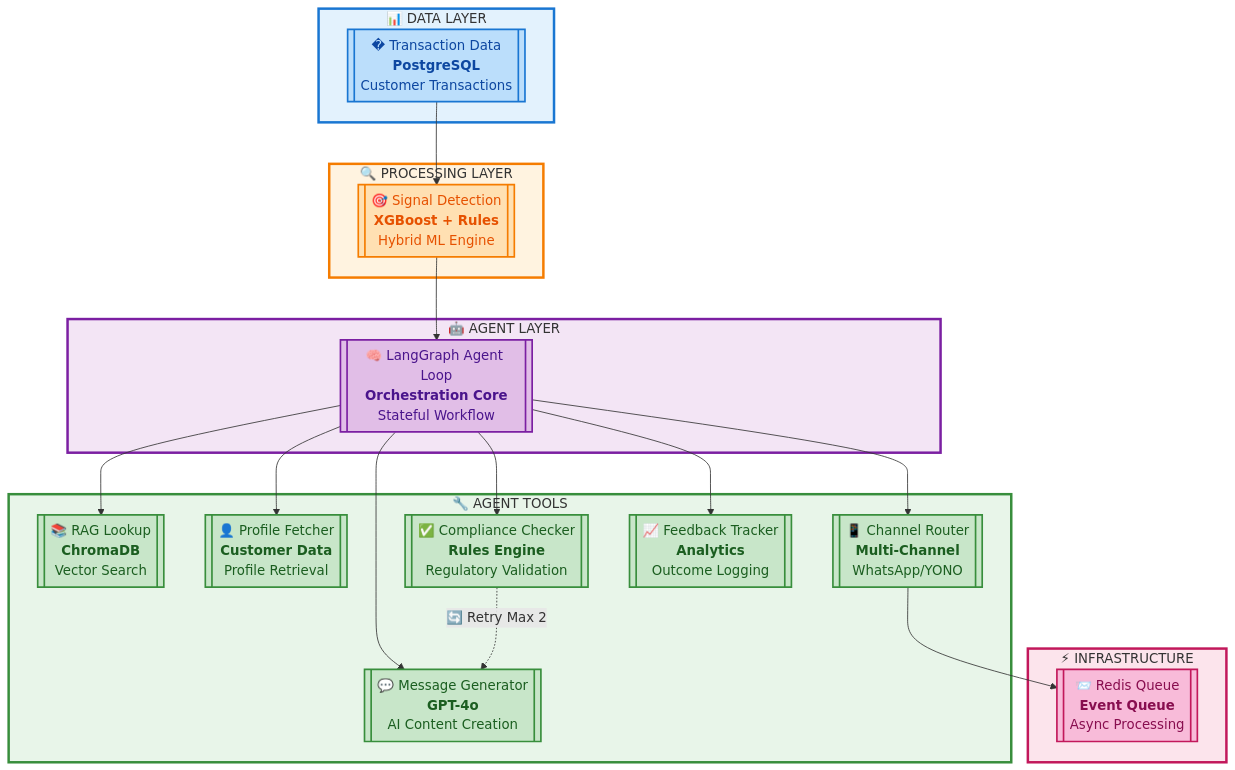
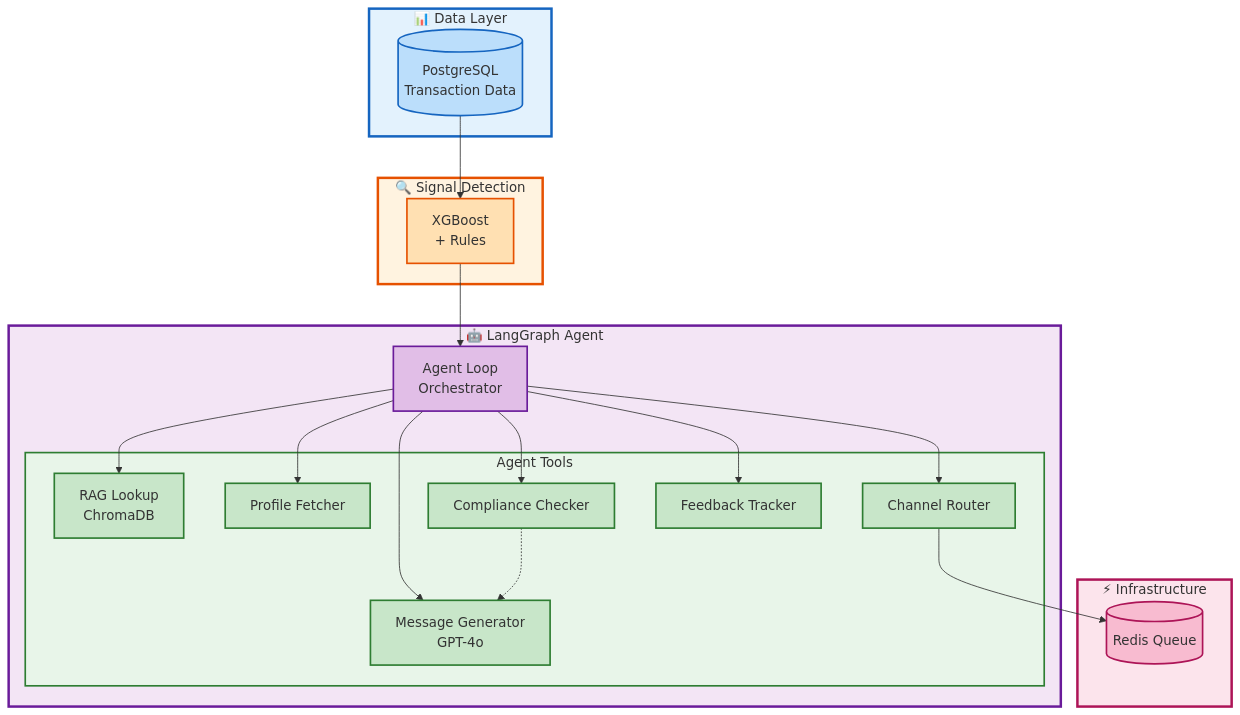
One commit to Harsimran-Dalal/lifesignal-sbi changed the first of 2 diagrams in README.md. Above: the diagram before and after it, drawn with Mermaid. The commit also changed other lines of this file, not shown here.

Commit message:
Fix architecture diagrams with cleaner, more visible design

````diff
--- a/README.md
+++ b/README.md
@@ -39,55 +39,55 @@
 ```mermaid
-graph TB
-    subgraph Data_Layer["📊 DATA LAYER"]
-        A[["� Transaction Data<br/><b>PostgreSQL</b><br/>Customer Transactions"]]
+flowchart TB
+    subgraph DATA["📊 Data Layer"]
+        PG[("PostgreSQL<br/>Transaction Data")]
     end
     
-    subgraph Processing_Layer["🔍 PROCESSING LAYER"]
-        B[["🎯 Signal Detection<br/><b>XGBoost + Rules</b><br/>Hybrid ML Engine"]]
+    subgraph ML["🔍 Signal Detection"]
+        XGB["XGBoost<br/>+ Rules"]
     end
     
-    subgraph Agent_Layer["🤖 AGENT LAYER"]
-        C[["🧠 LangGraph Agent Loop<br/><b>Orchestration Core</b><br/>Stateful Workflow"]]
+    subgraph AGENT["🤖 LangGraph Agent"]
+        AGENT_CORE["Agent Loop<br/>Orchestrator"]
+        
+        subgraph TOOLS["Agent Tools"]
+            RAG["RAG Lookup<br/>ChromaDB"]
+            PROFILE["Profile Fetcher"]
+            MSG["Message Generator<br/>GPT-4o"]
+            COMP["Compliance Checker"]
+            ROUTER["Channel Router"]
+            TRACK["Feedback Tracker"]
+        end
     end
     
-    subgraph Tools_Layer["🔧 AGENT TOOLS"]
-        D[["📚 RAG Lookup<br/><b>ChromaDB</b><br/>Vector Search"]]
-        E[["👤 Profile Fetcher<br/><b>Customer Data</b><br/>Profile Retrieval"]]
-        F[["💬 Message Generator<br/><b>GPT-4o</b><br/>AI Content Creation"]]
-        G[["✅ Compliance Checker<br/><b>Rules Engine</b><br/>Regulatory Validation"]]
-        H[["📱 Channel Router<br/><b>Multi-Channel</b><br/>WhatsApp/YONO"]]
-        I[["📈 Feedback Tracker<br/><b>Analytics</b><br/>Outcome Logging"]]
+    subgraph INFRA["⚡ Infrastructure"]
+        REDIS[("Redis Queue")]
     end
     
-    subgraph Infrastructure["⚡ INFRASTRUCTURE"]
-        J[["📨 Redis Queue<br/><b>Event Queue</b><br/>Async Processing"]]
-    end
+    PG --> XGB
+    XGB --> AGENT_CORE
+    AGENT_CORE --> RAG
+    AGENT_CORE --> PROFILE
+    AGENT_CORE --> MSG
+    AGENT_CORE --> COMP
+    AGENT_CORE --> ROUTER
+    AGENT_CORE --> TRACK
+    COMP -.-> MSG
+    ROUTER --> REDIS
     
-    A --> B
-    B --> C
-    C --> D
-    C --> E
-    C --> F
-    C --> G
-    C --> H
-    C --> I
-    G -.->|🔄 Retry Max 2| F
-    H --> J
+    style DATA fill:#e3f2fd,stroke:#1565C0,stroke-width:3px
+    style ML fill:#fff3e0,stroke:#E65100,stroke-width:3px
+    style AGENT fill:#f3e5f5,stroke:#6A1B9A,stroke-width:3px
+    style TOOLS fill:#e8f5e9,stroke:#2E7D32,stroke-width:2px
+    style INFRA fill:#fce4ec,stroke:#AD1457,stroke-width:3px
     
-    style Data_Layer fill:#e3f2fd,stroke:#1976d2,stroke-width:3px
-    style Processing_Layer fill:#fff3e0,stroke:#f57c00,stroke-width:3px
-    style Agent_Layer fill:#f3e5f5,stroke:#7b1fa2,stroke-width:3px
-    style Tools_Layer fill:#e8f5e9,stroke:#388e3c,stroke-width:3px
-    style Infrastructure fill:#fce4ec,stroke:#c2185b,stroke-width:3px
-    
-    style A fill:#bbdefb,stroke:#1976d2,stroke-width:2px,color:#0d47a1
-    style B fill:#ffe0b2,stroke:#f57c00,stroke-width:2px,color:#e65100
-    style C fill:#e1bee7,stroke:#7b1fa2,stroke-width:2px,color:#4a148c
-    style D fill:#c8e6c9,stroke:#388e3c,stroke-width:2px,color:#1b5e20
-    style E fill:#c8e6c9,stroke:#388e3c,stroke-width:2px,color:#1b5e20
-    style F fill:#c8e6c9,stroke:#388e3c,stroke-width:2px,color:#1b5e20
-    style G fill:#c8e6c9,stroke:#388e3c,stroke-width:2px,color:#1b5e20
-    style H fill:#c8e6c9,stroke:#388e3c,stroke-width:2px,color:#1b5e20
-    style I fill:#c8e6c9,stroke:#388e3c,stroke-width:2px,color:#1b5e20
-    style J fill:#f8bbd9,stroke:#c2185b,stroke-width:2px,color:#880e4f
+    style PG fill:#BBDEFB,stroke:#1565C0,stroke-width:2px
+    style XGB fill:#FFE0B2,stroke:#E65100,stroke-width:2px
+    style AGENT_CORE fill:#E1BEE7,stroke:#6A1B9A,stroke-width:2px
+    style RAG fill:#C8E6C9,stroke:#2E7D32,stroke-width:2px
+    style PROFILE fill:#C8E6C9,stroke:#2E7D32,stroke-width:2px
+    style MSG fill:#C8E6C9,stroke:#2E7D32,stroke-width:2px
+    style COMP fill:#C8E6C9,stroke:#2E7D32,stroke-width:2px
+    style ROUTER fill:#C8E6C9,stroke:#2E7D32,stroke-width:2px
+    style TRACK fill:#C8E6C9,stroke:#2E7D32,stroke-width:2px
+    style REDIS fill:#F8BBD0,stroke:#AD1457,stroke-width:2px
 ```
````
